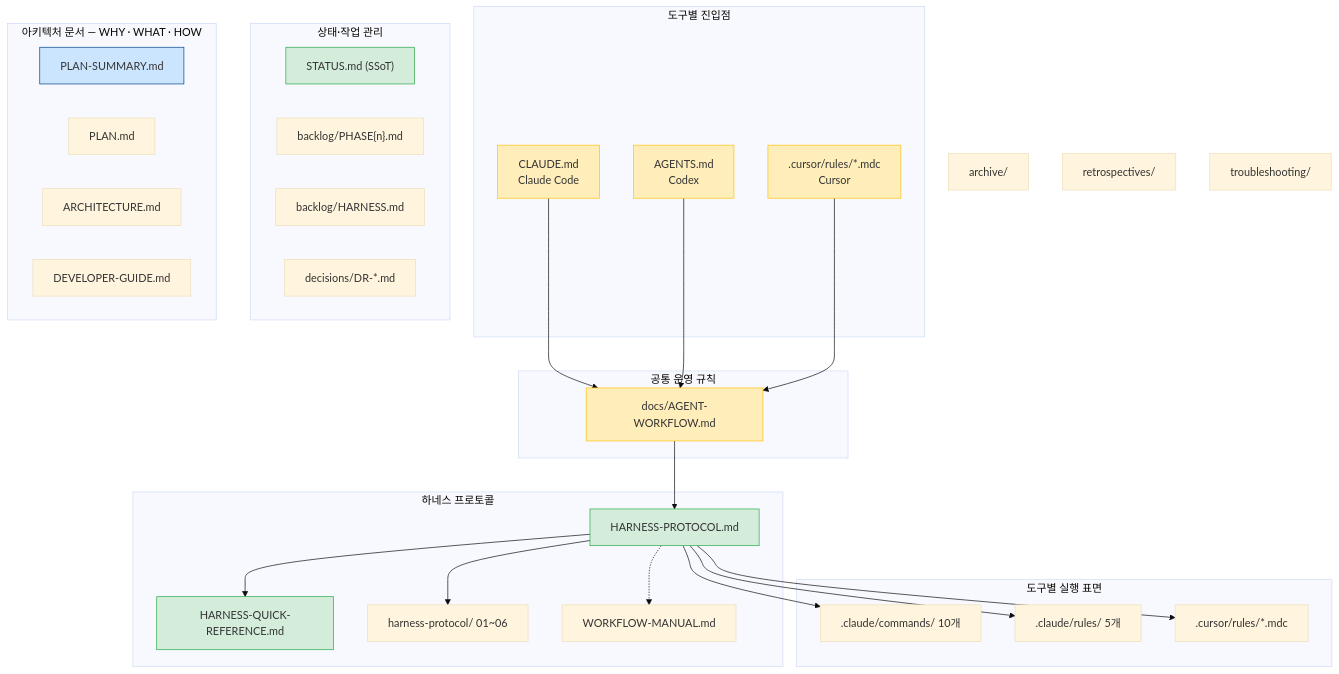
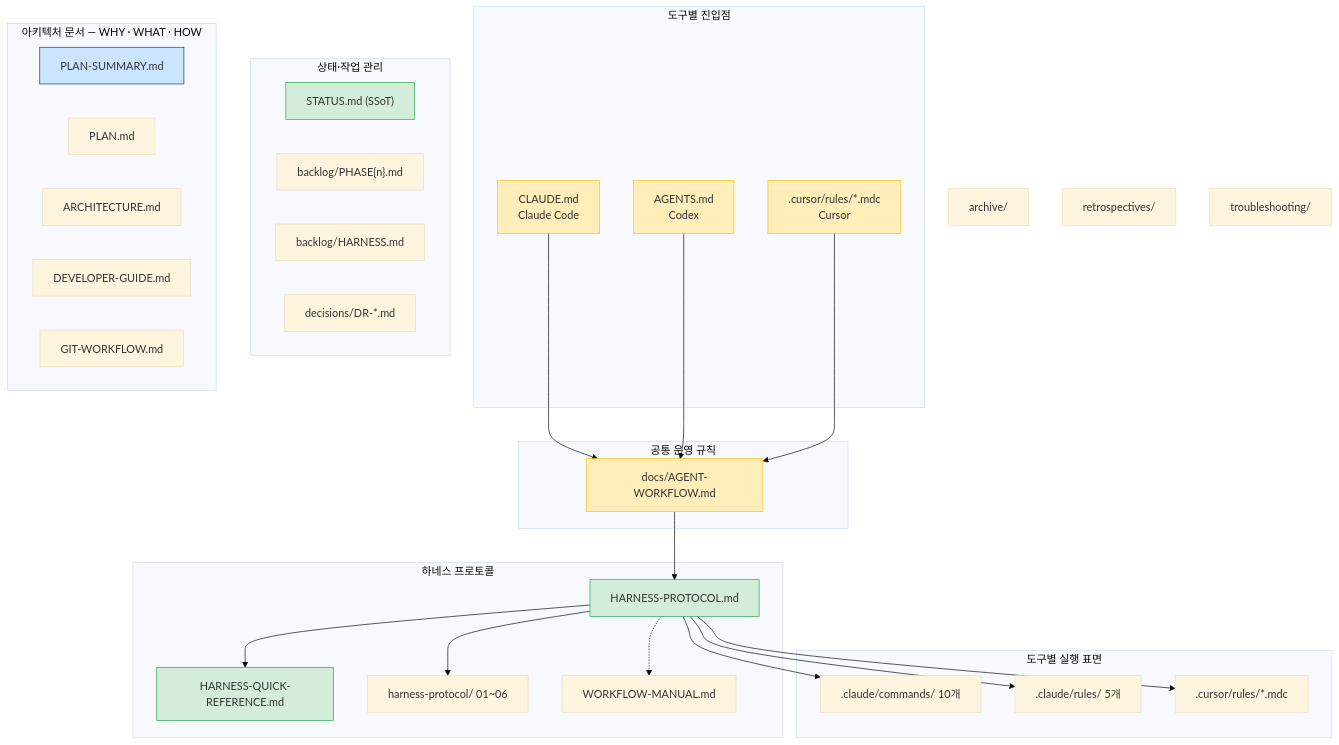
One commit to kyungseo/ai-workflow-harness changed the fourth of 13 diagrams in docs/WORKFLOW-MANUAL.md. Above: the diagram before and after it, drawn with Mermaid (base theme). The commit also changed other lines of this file and 1 other file, not shown here.

First line of the commit message:
docs: DEVELOPER-GUIDE·WORKFLOW-MANUAL에 GIT-WORKFLOW.md 참조 추가

````diff
--- a/docs/WORKFLOW-MANUAL.md
+++ b/docs/WORKFLOW-MANUAL.md
@@ -182,63 +182,64 @@
 ```mermaid
 graph TD
     subgraph ENTRY ["도구별 진입점"]
         CR["CLAUDE.md\nClaude Code"]
         AG["AGENTS.md\nCodex"]
         CU[".cursor/rules/*.mdc\nCursor"]
     end
 
     subgraph SHARED ["공통 운영 규칙"]
         CD["docs/AGENT-WORKFLOW.md"]
     end
 
     subgraph HARNESS ["하네스 프로토콜"]
         HP["HARNESS-PROTOCOL.md"]
         HQ["HARNESS-QUICK-REFERENCE.md"]
         HD["harness-protocol/ 01~06"]
         WM["WORKFLOW-MANUAL.md"]
     end
 
     subgraph TOOLS ["도구별 실행 표면"]
         CMD[".claude/commands/ 10개"]
         RULE[".claude/rules/ 5개"]
         CUR_R[".cursor/rules/*.mdc"]
     end
 
     subgraph LIVE ["상태·작업 관리"]
         ST["STATUS.md (SSoT)"]
         BL["backlog/PHASE{n}.md"]
         HB["backlog/HARNESS.md"]
         DR_N["decisions/DR-*.md"]
     end
 
     subgraph ADOCS ["아키텍처 문서 — WHY · WHAT · HOW"]
         PS["PLAN-SUMMARY.md"]
         PL["PLAN.md"]
         AR["ARCHITECTURE.md"]
         DG["DEVELOPER-GUIDE.md"]
+        GW["GIT-WORKFLOW.md"]
     end
 
     ARC2["archive/"]
     RETRO2["retrospectives/"]
     TROUBLE2["troubleshooting/"]
 
     CR --> CD
     AG --> CD
     CU --> CD
     CD --> HP
     HP --> HQ
     HP --> HD
     HP --> CMD
     HP --> RULE
     HP --> CUR_R
     HP -.-> WM
 
     style CR fill:#ffeeba,stroke:#ffc107
     style AG fill:#ffeeba,stroke:#ffc107
     style CU fill:#ffeeba,stroke:#ffc107
     style CD fill:#ffeeba,stroke:#ffc107
     style ST fill:#d4edda,stroke:#28a745
     style HP fill:#d4edda,stroke:#28a745
     style HQ fill:#d4edda,stroke:#28a745
     style PS fill:#cce5ff,stroke:#004085
 ```
````
